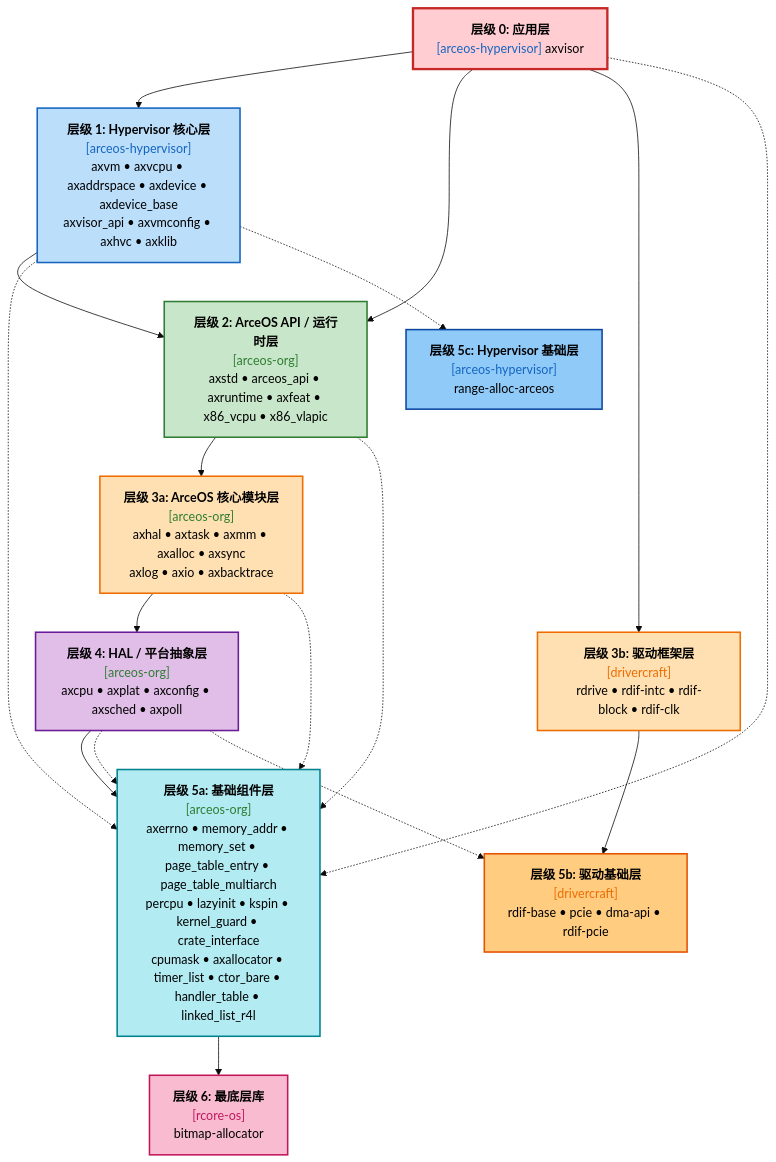
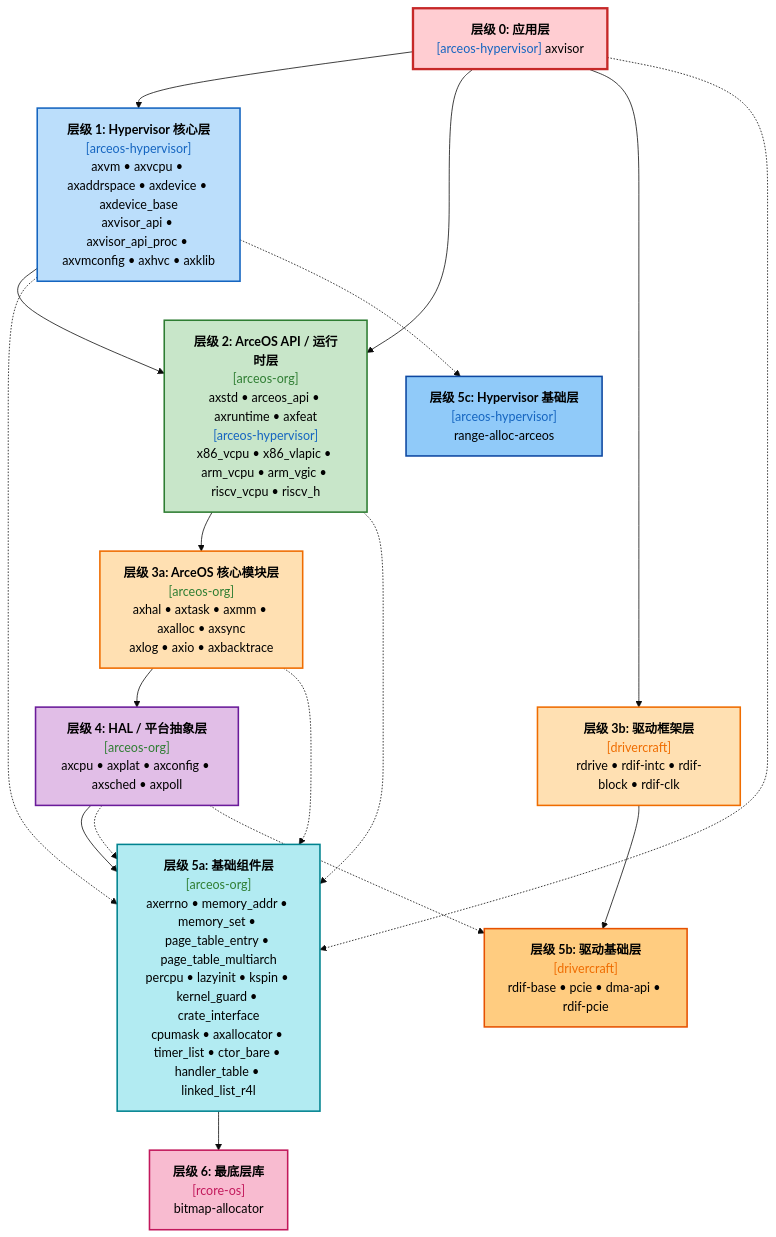
One commit to arceos-hypervisor/axcrates changed the fourth of 4 diagrams in docs/axvisor-dependency.md. Above: the diagram before and after it, drawn with Mermaid (base theme). The commit also changed other lines of this file, not shown here.

Commit message:
docs: update Axvisor dependency documentation to include ARM and RISC-V components

````diff
--- a/docs/axvisor-dependency.md
+++ b/docs/axvisor-dependency.md
@@ -788,63 +848,63 @@
 ```mermaid
 flowchart TD
     direction TB
     
     L0["<b>层级 0: 应用层</b><br/><font color='#1565c0'>[arceos-hypervisor]</font> axvisor"]
     
-    L1["<b>层级 1: Hypervisor 核心层</b><br/><font color='#1565c0'>[arceos-hypervisor]</font><br/>axvm • axvcpu • axaddrspace • axdevice • axdevice_base<br/>axvisor_api • axvmconfig • axhvc • axklib"]
+    L1["<b>层级 1: Hypervisor 核心层</b><br/><font color='#1565c0'>[arceos-hypervisor]</font><br/>axvm • axvcpu • axaddrspace • axdevice • axdevice_base<br/>axvisor_api • axvisor_api_proc • axvmconfig • axhvc • axklib"]
     
-    L2["<b>层级 2: ArceOS API / 运行时层</b><br/><font color='#2e7d32'>[arceos-org]</font><br/>axstd • arceos_api • axruntime • axfeat • x86_vcpu • x86_vlapic"]
+    L2["<b>层级 2: ArceOS API / 运行时层</b><br/><font color='#2e7d32'>[arceos-org]</font><br/>axstd • arceos_api • axruntime • axfeat<br/><font color='#1565c0'>[arceos-hypervisor]</font><br/>x86_vcpu • x86_vlapic • arm_vcpu • arm_vgic • riscv_vcpu • riscv_h"]
     
     L3A["<b>层级 3a: ArceOS 核心模块层</b><br/><font color='#2e7d32'>[arceos-org]</font><br/>axhal • axtask • axmm • axalloc • axsync<br/>axlog • axio • axbacktrace"]
     
     L3B["<b>层级 3b: 驱动框架层</b><br/><font color='#ef6c00'>[drivercraft]</font><br/>rdrive • rdif-intc • rdif-block • rdif-clk"]
     
     L4["<b>层级 4: HAL / 平台抽象层</b><br/><font color='#2e7d32'>[arceos-org]</font><br/>axcpu • axplat • axconfig • axsched • axpoll"]
     
     L5A["<b>层级 5a: 基础组件层</b><br/><font color='#2e7d32'>[arceos-org]</font><br/>axerrno • memory_addr • memory_set • page_table_entry • page_table_multiarch<br/>percpu • lazyinit • kspin • kernel_guard • crate_interface<br/>cpumask • axallocator • timer_list • ctor_bare • handler_table • linked_list_r4l"]
     
     L5B["<b>层级 5b: 驱动基础层</b><br/><font color='#ef6c00'>[drivercraft]</font><br/>rdif-base • pcie • dma-api • rdif-pcie"]
     
     L5C["<b>层级 5c: Hypervisor 基础层</b><br/><font color='#1565c0'>[arceos-hypervisor]</font><br/>range-alloc-arceos"]
     
     L6["<b>层级 6: 最底层库</b><br/><font color='#c2185b'>[rcore-os]</font><br/>bitmap-allocator"]
 
     L0 --> L1
     L0 --> L2
     L0 --> L3B
     L1 --> L2
     L2 --> L3A
     L3A --> L4
     L4 --> L5A
     L5A --> L6
     L3B --> L5B
     
     %% 跨层依赖
     L0 -.-> L5A
     L1 -.-> L5A
     L1 -.-> L5C
     L2 -.-> L5A
     L3A -.-> L5A
     L4 -.-> L5A
     L4 -.-> L5B
 
     classDef l0 fill:#ffcdd2,stroke:#c62828,stroke-width:3px,color:#000
     classDef l1 fill:#bbdefb,stroke:#1565c0,stroke-width:2px,color:#000
     classDef l2 fill:#c8e6c9,stroke:#2e7d32,stroke-width:2px,color:#000
     classDef l3 fill:#ffe0b2,stroke:#ef6c00,stroke-width:2px,color:#000
     classDef l4 fill:#e1bee7,stroke:#6a1b9a,stroke-width:2px,color:#000
     classDef l5 fill:#b2ebf2,stroke:#00838f,stroke-width:2px,color:#000
     classDef l5b fill:#ffcc80,stroke:#e65100,stroke-width:2px,color:#000
     classDef l5c fill:#90caf9,stroke:#0d47a1,stroke-width:2px,color:#000
     classDef l6 fill:#f8bbd0,stroke:#c2185b,stroke-width:2px,color:#000
 
     class L0 l0
     class L1 l1
     class L2 l2
     class L3A,L3B l3
     class L4 l4
     class L5A l5
     class L5B l5b
     class L5C l5c
     class L6 l6
 ```
````
